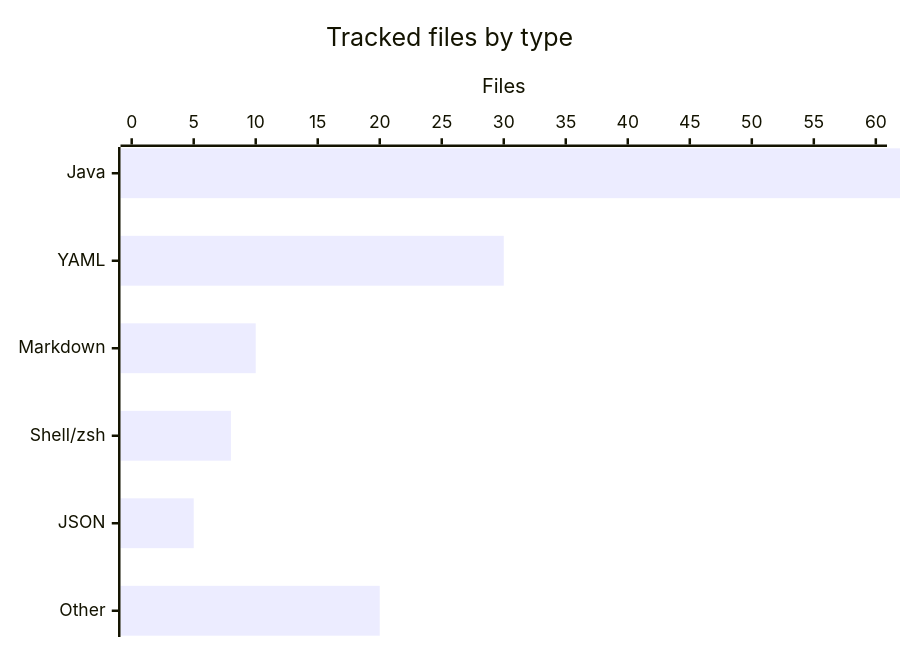
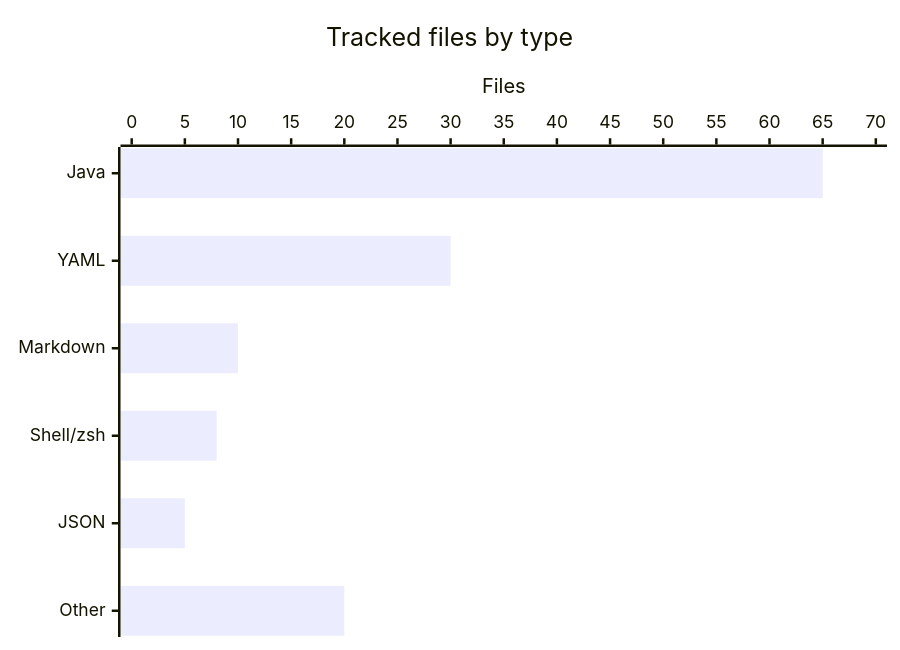
Before and after one commit to factory-aj-pahl/mockingbird-bank: the fourth of 4 diagrams in droid-wiki/overview/architecture.md, drawn with Mermaid. The commit also changed other lines of this file and 7 other files, not shown here.

First line of the commit message:
Fix review findings in docs, QA flow map and ProgramEvaluation Javadoc (SED-847)

````diff
--- a/droid-wiki/overview/architecture.md
+++ b/droid-wiki/overview/architecture.md
@@ -95,7 +95,7 @@
 ```mermaid
 xychart-beta horizontal
     title "Tracked files by type"
     x-axis ["Java", "YAML", "Markdown", "Shell/zsh", "JSON", "Other"]
-    y-axis "Files" 0 --> 60
-    bar [63, 30, 10, 8, 5, 20]
+    y-axis "Files" 0 --> 70
+    bar [65, 30, 10, 8, 5, 20]
 ```
````
